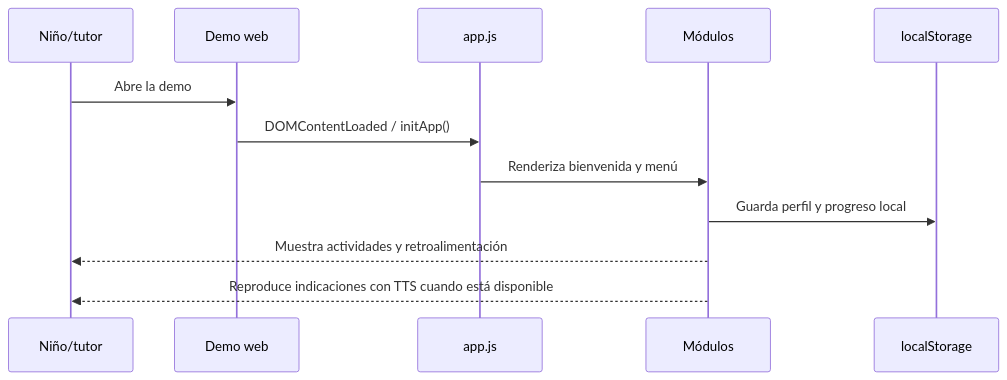
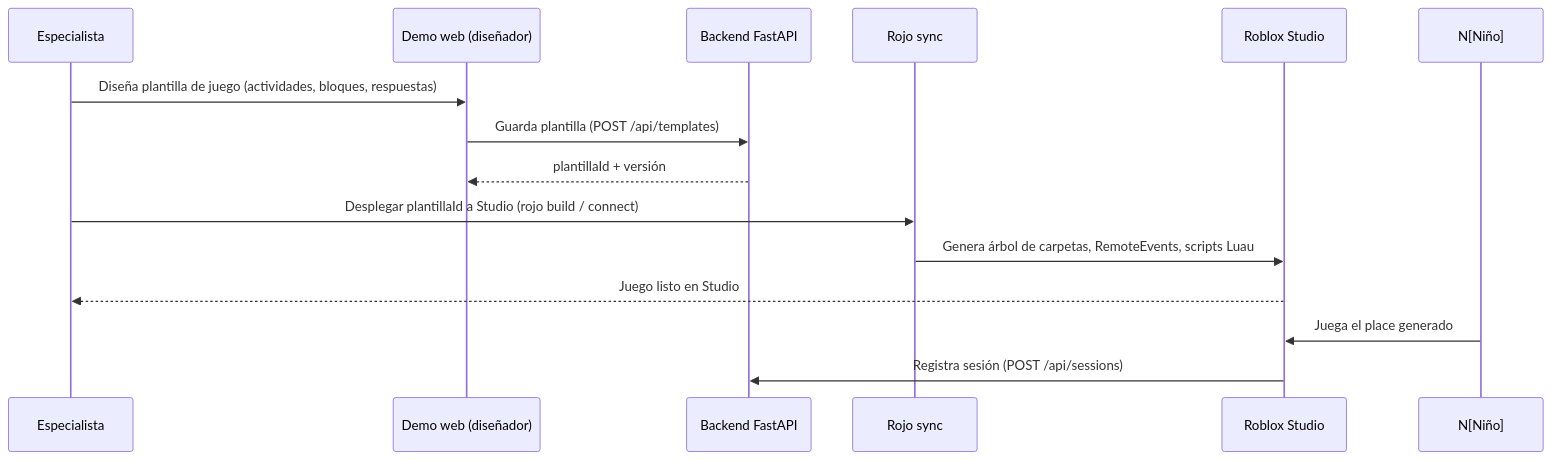
The second of 4 diagrams in README.md (gproatechnology/GProA_SAIyDD), drawn with Mermaid before and after one commit. The commit also changed other lines of this file and 4 other files, not shown here.

Commit message:
docs(readme): reestructurar a plataforma generadora de juegos vía Rojo; feat(coopa): endpoint DELETE /api/children/{childId} derecho al olvido

````diff
--- a/README.md
+++ b/README.md
@@ -47,15 +26,17 @@
 ```mermaid
 sequenceDiagram
-    participant N as Niño/tutor
-    participant W as Demo web
-    participant A as app.js
-    participant M as Módulos
-    participant S as localStorage
+    participant E as Especialista
+    participant D as Demo web (diseñador)
+    participant B as Backend FastAPI
+    participant R as Rojo sync
+    participant S as Roblox Studio
 
-    N->>W: Abre la demo
-    W->>A: DOMContentLoaded / initApp()
-    A->>M: Renderiza bienvenida y menú
-    M->>S: Guarda perfil y progreso local
-    M-->>N: Muestra actividades y retroalimentación
-    M-->>N: Reproduce indicaciones con TTS cuando está disponible
+    E->>D: Diseña plantilla de juego (actividades, bloques, respuestas)
+    D->>B: Guarda plantilla (POST /api/templates)
+    B-->>D: plantillaId + versión
+    E->>R: Desplegar plantillaId a Studio (rojo build / connect)
+    R->>S: Genera árbol de carpetas, RemoteEvents, scripts Luau
+    S-->>E: Juego listo en Studio
+    N[Niño]->>S: Juega el place generado
+    S->>B: Registra sesión (POST /api/sessions)
 ```
````
